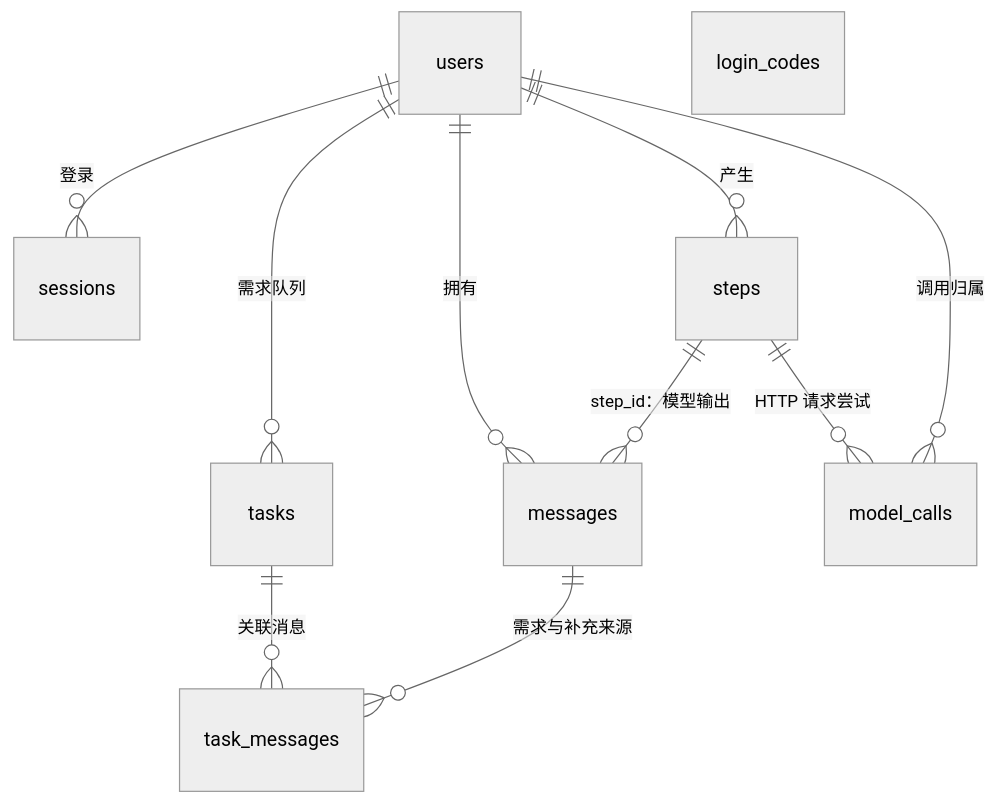
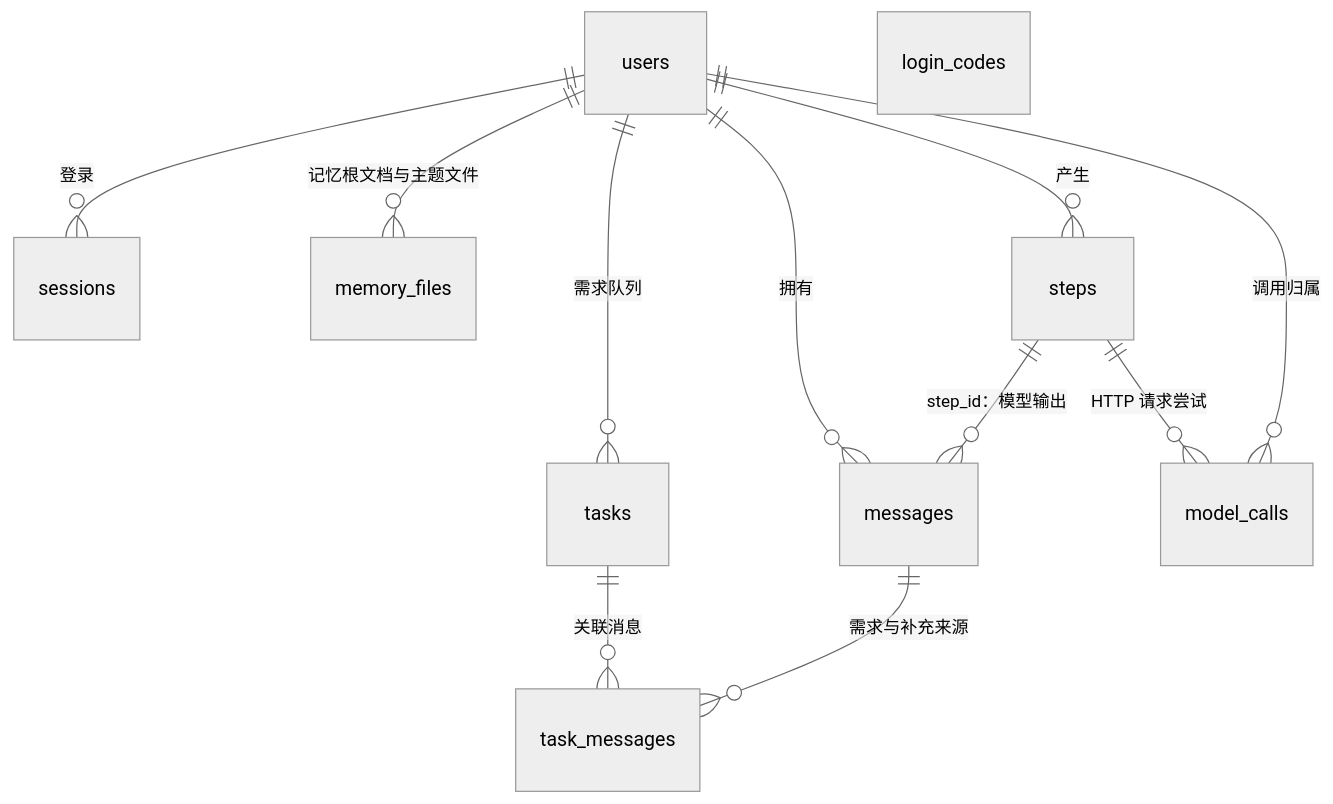
Before and after one commit to OmniNetOpensource/aether-personal: the diagram in docs/wiki/02-data-model.md, drawn with Mermaid (neutral theme). The commit also changed other lines of this file and 15 other files, not shown here.

````diff
--- a/docs/wiki/02-data-model.md
+++ b/docs/wiki/02-data-model.md
@@ -17,13 +17,14 @@
 ```mermaid
 erDiagram
     users ||--o{ sessions : "登录"
     users ||--o{ messages : "拥有"
     users ||--o{ tasks : "需求队列"
     tasks ||--o{ task_messages : "关联消息"
     messages ||--o{ task_messages : "需求与补充来源"
+    users ||--o{ memory_files : "记忆根文档与主题文件"
     users ||--o{ steps : "产生"
     steps ||--o{ model_calls : "HTTP 请求尝试"
     users ||--o{ model_calls : "调用归属"
     steps ||--o{ messages : "step_id：模型输出"
     login_codes
 ```
````
